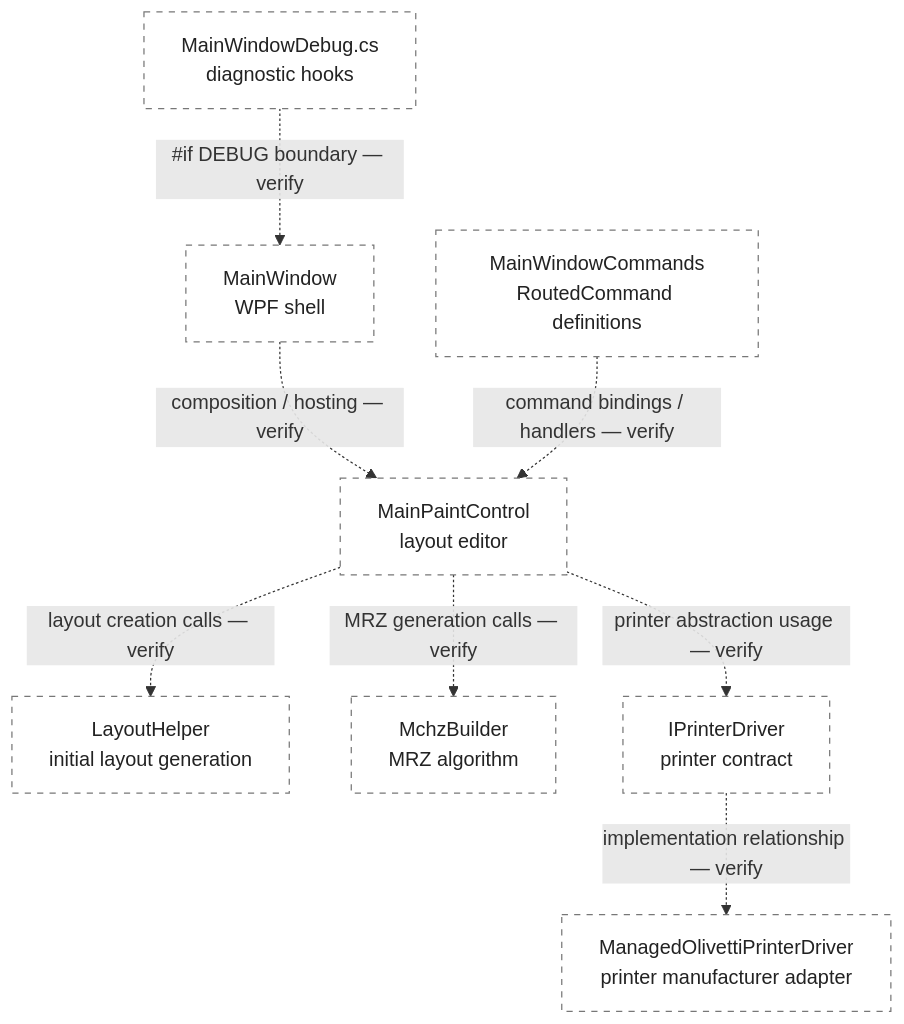
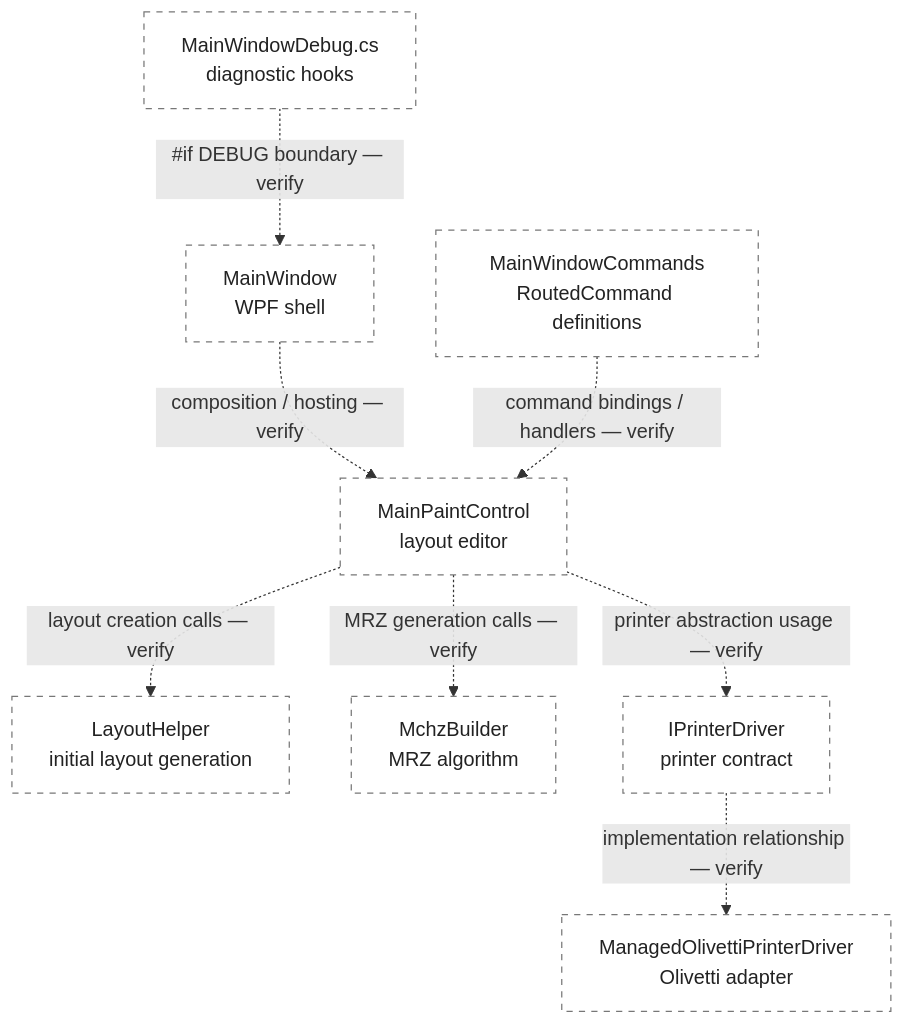
One commit to ekatmoz88-alt/territory-descriptor-unified changed the diagram in materials/umms/docs/architecture/codebase-overview.md. Above: the diagram before and after it, drawn with Mermaid. The commit also changed other lines of this file and 83 other files, not shown here.

````diff
--- a/materials/umms/docs/architecture/codebase-overview.md
+++ b/materials/umms/docs/architecture/codebase-overview.md
@@ -33,13 +33,13 @@
 ```mermaid
 flowchart TB
     MW["MainWindow<br/>WPF shell"] -. "composition / hosting — verify" .-> MPC["MainPaintControl<br/>layout editor"]
     CMD["MainWindowCommands<br/>RoutedCommand definitions"] -. "command bindings / handlers — verify" .-> MPC
     MPC -. "layout creation calls — verify" .-> LH["LayoutHelper<br/>initial layout generation"]
     MPC -. "MRZ generation calls — verify" .-> MB["MchzBuilder<br/>MRZ algorithm"]
     MPC -. "printer abstraction usage — verify" .-> IF["IPrinterDriver<br/>printer contract"]
-    IF -. "implementation relationship — verify" .-> OL["ManagedOlivettiPrinterDriver<br/>printer manufacturer adapter"]
+    IF -. "implementation relationship — verify" .-> OL["ManagedOlivettiPrinterDriver<br/>Olivetti adapter"]
     DBG["MainWindowDebug.cs<br/>diagnostic hooks"] -. "#if DEBUG boundary — verify" .-> MW
 
     classDef provisional fill:#fff,stroke:#777,stroke-dasharray: 5 5,color:#222;
     class MW,MPC,CMD,LH,MB,IF,OL,DBG provisional;
 ```
````
